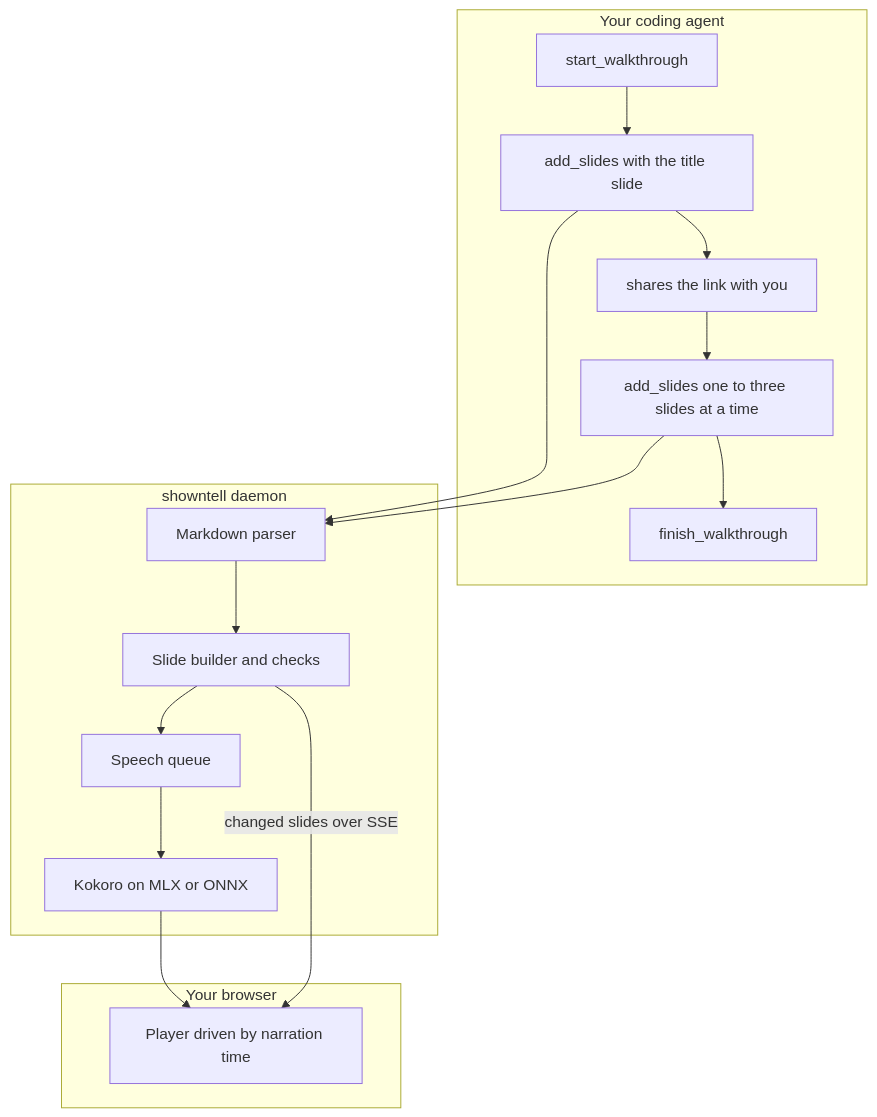
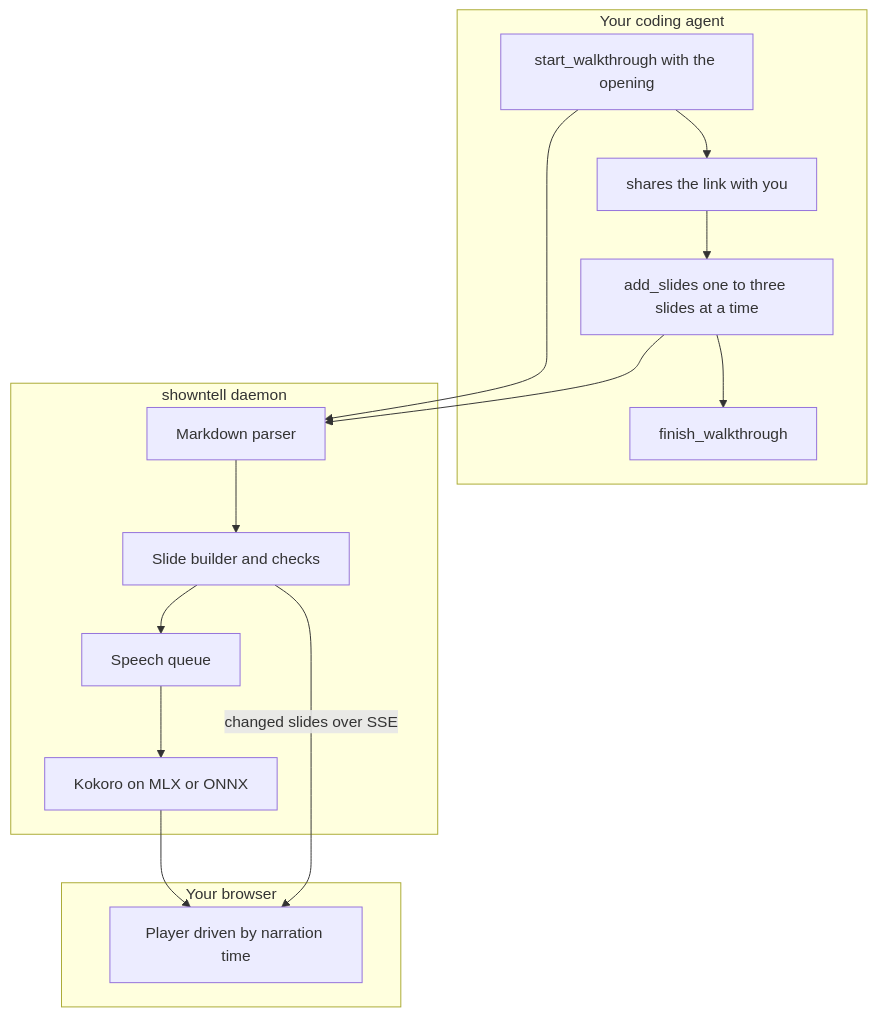
One commit to AhmedElhadarey/talktrack changed the diagram in README.md. Above: the diagram before and after it, drawn with Mermaid. The commit also changed other lines of this file and 12 other files, not shown here.

First line of the commit message:
Link in the start reply; cues lead into pauses; honest stall count

````diff
--- a/README.md
+++ b/README.md
@@ -37,21 +37,20 @@
 ```mermaid
 graph TB
   subgraph agent [Your coding agent]
-    S[start_walkthrough] --> O[add_slides with the title slide]
-    O --> L[shares the link with you]
+    S[start_walkthrough with the opening] --> L[shares the link with you]
     L --> M[add_slides one to three slides at a time]
     M --> F[finish_walkthrough]
   end
   subgraph daemon [showntell daemon]
     P[Markdown parser] --> B[Slide builder and checks]
     B --> Q[Speech queue]
     Q --> K[Kokoro on MLX or ONNX]
   end
   subgraph browser [Your browser]
     R[Player driven by narration time]
   end
-  O --> P
+  S --> P
   M --> P
   K --> R
   B -->|changed slides over SSE| R
 ```
````
